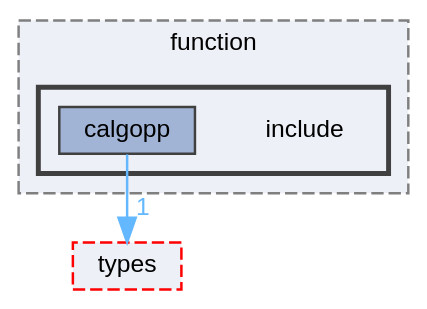
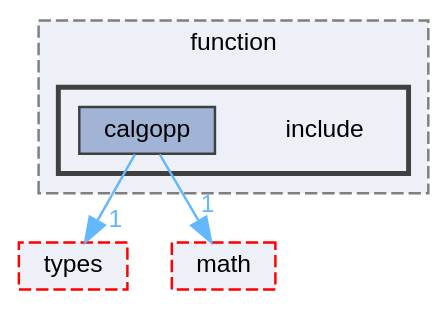
One commit to pawelekg95/algopp changed the diagram in dir_766577a5e54e7f83eca4fd0ff9ff5c76_dep.dot. Above: the diagram before and after it, drawn with Graphviz. The commit also changed 31 other files, not shown here.

```diff
--- a/dir_766577a5e54e7f83eca4fd0ff9ff5c76_dep.dot
+++ b/dir_766577a5e54e7f83eca4fd0ff9ff5c76_dep.dot
@@ -1,18 +1,20 @@
 digraph "lib/function/include"
 {
  // LATEX_PDF_SIZE
   bgcolor="transparent";
   edge [fontname=Helvetica,fontsize=10,labelfontname=Helvetica,labelfontsize=10];
   node [fontname=Helvetica,fontsize=10,shape=box,height=0.2,width=0.4];
   compound=true
   subgraph clusterdir_3b39e246e957d89ef5380b11409e8380 {
     graph [ bgcolor="#edf0f7", pencolor="grey50", label="function", fontname=Helvetica,fontsize=10 style="filled,dashed", URL="dir_3b39e246e957d89ef5380b11409e8380.html",tooltip=""]
   subgraph clusterdir_766577a5e54e7f83eca4fd0ff9ff5c76 {
     graph [ bgcolor="#edf0f7", pencolor="grey25", label="", fontname=Helvetica,fontsize=10 style="filled,bold", URL="dir_766577a5e54e7f83eca4fd0ff9ff5c76.html",tooltip=""]
     dir_766577a5e54e7f83eca4fd0ff9ff5c76 [shape=plaintext, label="include"];
   dir_47527aa265fc0213fba02d5068b62958 [label="calgopp", fillcolor="#a2b4d6", color="grey25", style="filled", URL="dir_47527aa265fc0213fba02d5068b62958.html",tooltip=""];
   }
   }
   dir_560694f03ee5bf1136d79e4f1ca1ca37 [label="types", fillcolor="#edf0f7", color="red", style="filled,dashed", URL="dir_560694f03ee5bf1136d79e4f1ca1ca37.html",tooltip=""];
+  dir_a36354df93aef5eec904487b77fa4fab [label="math", fillcolor="#edf0f7", color="red", style="filled,dashed", URL="dir_a36354df93aef5eec904487b77fa4fab.html",tooltip=""];
   dir_47527aa265fc0213fba02d5068b62958->dir_560694f03ee5bf1136d79e4f1ca1ca37 [headlabel="1", labeldistance=1.5 headhref="dir_000006_000028.html" color="steelblue1" fontcolor="steelblue1"];
+  dir_47527aa265fc0213fba02d5068b62958->dir_a36354df93aef5eec904487b77fa4fab [headlabel="1", labeldistance=1.5 headhref="dir_000006_000023.html" color="steelblue1" fontcolor="steelblue1"];
 }
```
